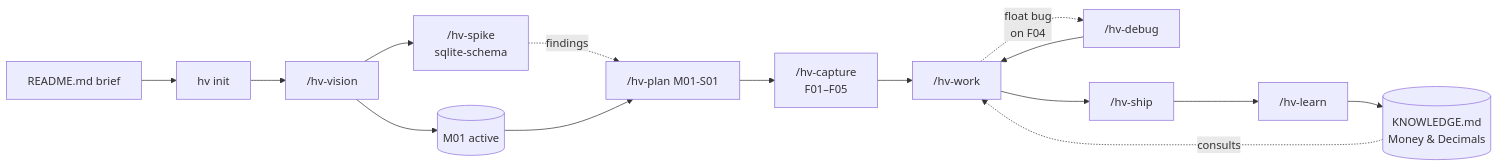
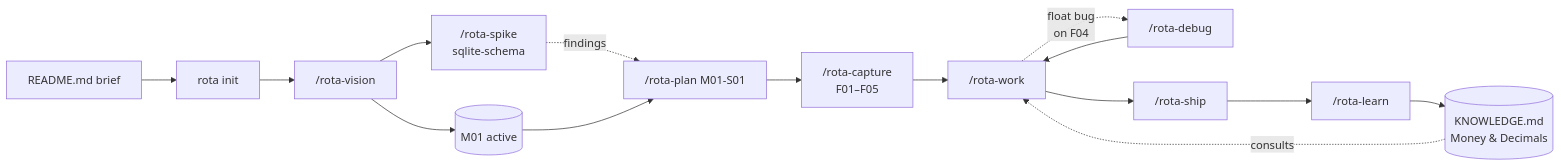
The diagram in docs/walkthroughs/greenfield-from-brief.md (l4ci/hv-skills), drawn with Mermaid before and after one commit. The commit also changed other lines of this file and 9 other files, not shown here.

````diff
--- a/docs/walkthroughs/greenfield-from-brief.md
+++ b/docs/walkthroughs/greenfield-from-brief.md
@@ -21,17 +21,17 @@
 ```mermaid
 flowchart LR
-  BRIEF[README.md brief] --> INIT["hv init"]
-  INIT --> VISION["/hv-vision"]
+  BRIEF[README.md brief] --> INIT["rota init"]
+  INIT --> VISION["/rota-vision"]
   VISION --> MILES[(M01 active)]
-  VISION --> SPIKE["/hv-spike<br/>sqlite-schema"]
-  SPIKE -.findings.-> PLAN["/hv-plan M01-S01"]
+  VISION --> SPIKE["/rota-spike<br/>sqlite-schema"]
+  SPIKE -.findings.-> PLAN["/rota-plan M01-S01"]
   MILES --> PLAN
-  PLAN --> CAP["/hv-capture<br/>F01–F05"]
-  CAP --> WORK["/hv-work"]
-  WORK -.float bug<br/>on F04.-> DEBUG["/hv-debug"]
+  PLAN --> CAP["/rota-capture<br/>F01–F05"]
+  CAP --> WORK["/rota-work"]
+  WORK -.float bug<br/>on F04.-> DEBUG["/rota-debug"]
   DEBUG --> WORK
-  WORK --> SHIP["/hv-ship"]
-  SHIP --> LEARN["/hv-learn"]
+  WORK --> SHIP["/rota-ship"]
+  SHIP --> LEARN["/rota-learn"]
   LEARN --> KNOW[(KNOWLEDGE.md<br/>Money & Decimals)]
   KNOW -.consults.-> WORK
 ```
````
